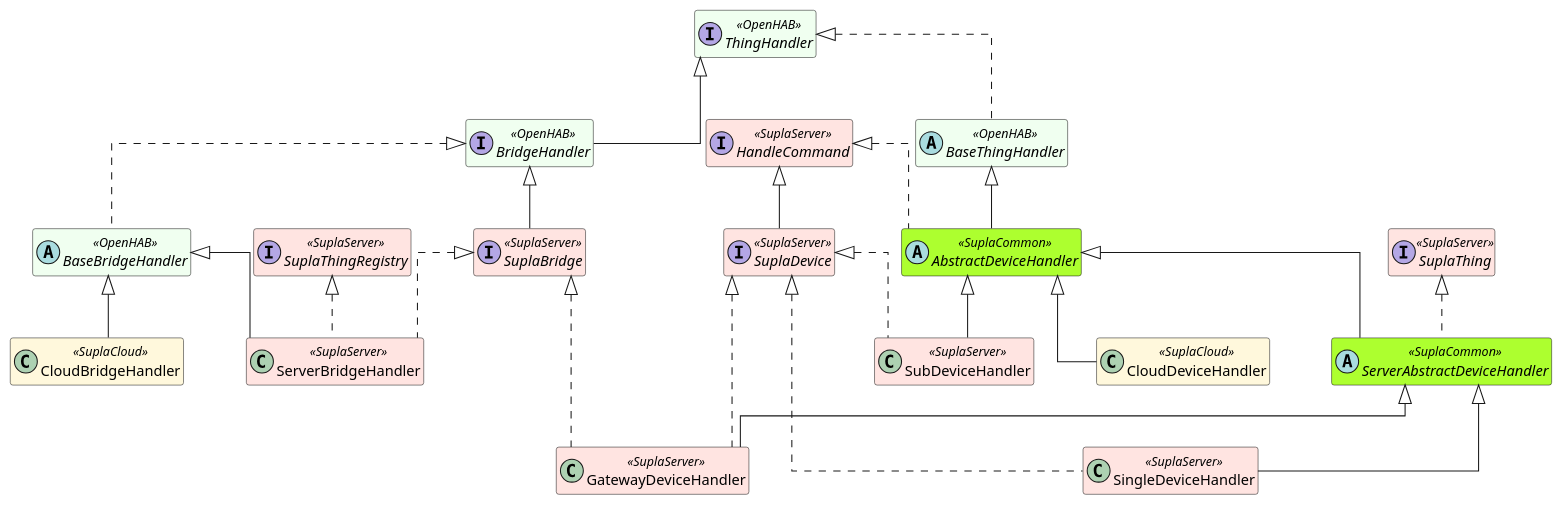
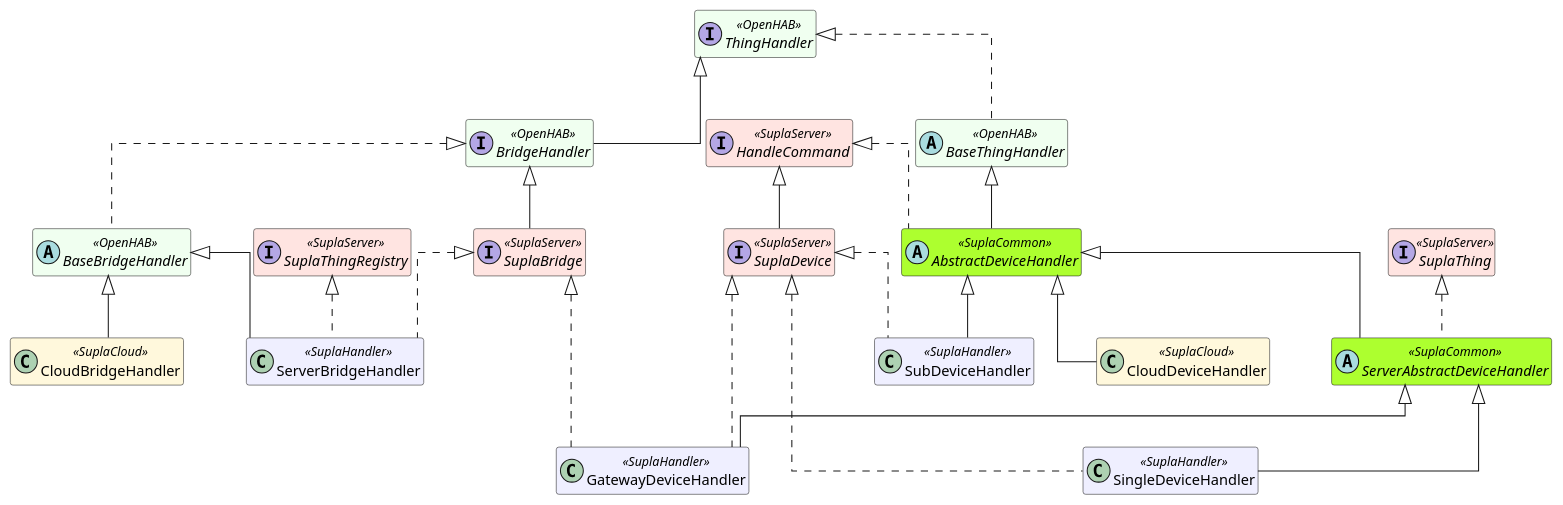
Before and after one commit to magx2/openhab-supla: the diagram in puml/handler-inheritance.puml, drawn with PlantUML.

Commit message:
Make server handlers different color

```diff
--- a/puml/handler-inheritance.puml
+++ b/puml/handler-inheritance.puml
@@ -1,69 +1,70 @@
 @startuml
 skinparam classAttributeIconSize 0
 skinparam linetype ortho
 skinparam nodesep 60
 skinparam ranksep 60
 hide empty members
 
 ' Keep the most-shared abstractions visually at the top
 top to bottom direction
 
 skinparam class {
 BackgroundColor<<OpenHAB>> HoneyDew
 BackgroundColor<<SuplaCloud>> Cornsilk
 BackgroundColor<<SuplaServer>> MistyRose
+BackgroundColor<<SuplaHandler>> Motivation
 BackgroundColor<<SuplaCommon>> GreenYellow
 }
 
 ' Anchor heavily used OpenHAB and Supla abstractions on the top rank
 interface ThingHandler <<OpenHAB>>
 interface BridgeHandler <<OpenHAB>>
 abstract class BaseThingHandler <<OpenHAB>>
 abstract class BaseBridgeHandler <<OpenHAB>>
 
 abstract class AbstractDeviceHandler <<SuplaCommon>>
 abstract class ServerAbstractDeviceHandler <<SuplaCommon>>
 
 interface HandleCommand <<SuplaServer>>
 interface SuplaDevice <<SuplaServer>>
 interface SuplaThing <<SuplaServer>>
 interface SuplaThingRegistry <<SuplaServer>>
 interface SuplaBridge <<SuplaServer>>
 
-class GatewayDeviceHandler <<SuplaServer>>
-class SingleDeviceHandler <<SuplaServer>>
-class SubDeviceHandler <<SuplaServer>>
-class ServerBridgeHandler <<SuplaServer>>
+class GatewayDeviceHandler <<SuplaHandler>>
+class SingleDeviceHandler <<SuplaHandler>>
+class SubDeviceHandler <<SuplaHandler>>
+class ServerBridgeHandler <<SuplaHandler>>
 
 class CloudBridgeHandler <<SuplaCloud>>
 class CloudDeviceHandler <<SuplaCloud>>
 
 ' OpenHAB core relationships
 ThingHandler <|.. BaseThingHandler
 ThingHandler <|-- BridgeHandler
 BridgeHandler <|.. BaseBridgeHandler
 
 ' Device handler relationships
 BaseThingHandler <|-- AbstractDeviceHandler
 AbstractDeviceHandler <|-- ServerAbstractDeviceHandler
 AbstractDeviceHandler <|-- SubDeviceHandler
 AbstractDeviceHandler <|-- CloudDeviceHandler
 ServerAbstractDeviceHandler <|-- GatewayDeviceHandler
 ServerAbstractDeviceHandler <|-- SingleDeviceHandler
 
 ' Supla trait implementations (device side)
 HandleCommand <|.. AbstractDeviceHandler
 HandleCommand <|-- SuplaDevice
 SuplaDevice <|.. SubDeviceHandler
 SuplaDevice <|.. SingleDeviceHandler
 SuplaDevice <|.. GatewayDeviceHandler
 SuplaThing <|.. ServerAbstractDeviceHandler
 
 ' Bridge handler relationships
 BaseBridgeHandler <|-- CloudBridgeHandler
 BaseBridgeHandler <|-- ServerBridgeHandler
 BridgeHandler <|-- SuplaBridge
 SuplaBridge <|.. GatewayDeviceHandler
 SuplaBridge <|.. ServerBridgeHandler
 SuplaThingRegistry <|.. ServerBridgeHandler
 @enduml
```
